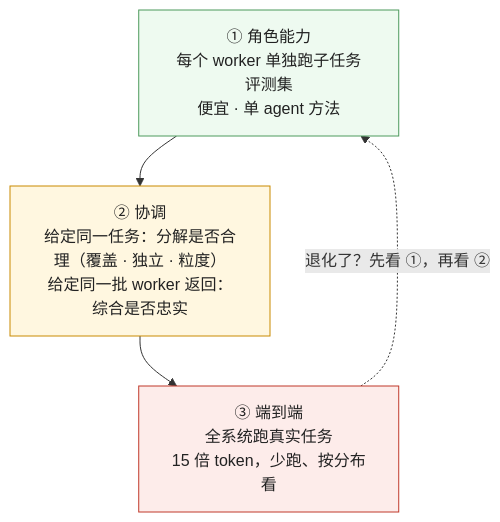
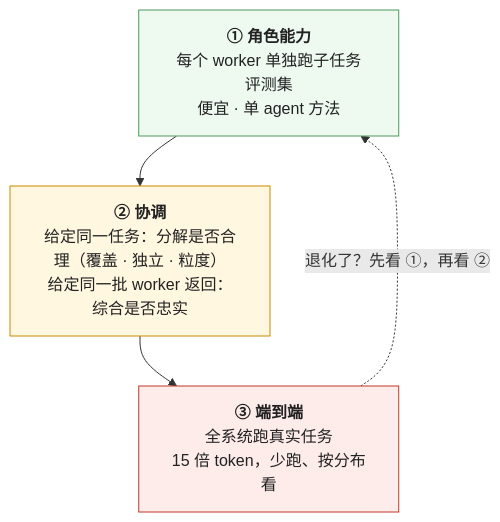
The fourth of 4 diagrams in _posts/2026-10-27-multi-agent-orchestration-handoff-and-a2a.md (arganzheng/arganzheng.github.com), drawn with Mermaid before and after one commit. The commit also changed other lines of this file and 9 other files, not shown here.

First line of the commit message:
工具、Agent 与 harness：模型怎么从回答变成做事：Mermaid 多行方框的首行标为标题（10 篇）

````diff
--- a/_posts/2026-10-27-multi-agent-orchestration-handoff-and-a2a.md
+++ b/_posts/2026-10-27-multi-agent-orchestration-handoff-and-a2a.md
@@ -214,13 +214,13 @@
 ```mermaid
 %% 图：多 agent 的三层评测——先单独评每个角色（worker 给定子任务能不能完成，便宜、可复用单 agent 评测集），再评协调（lead 的分解是否合理、综合是否忠实于 worker 的返回），最后端到端；一次退化先看哪一层掉了，与 L3「检索与生成分开评」同一思路
 flowchart TB
-    E1["① 角色能力<br/>每个 worker 单独跑子任务评测集<br/>便宜 · 单 agent 方法"] --> E2["② 协调<br/>给定同一任务：分解是否合理（覆盖 · 独立 · 粒度）<br/>给定同一批 worker 返回：综合是否忠实"]
-    E2 --> E3["③ 端到端<br/>全系统跑真实任务<br/>15 倍 token，少跑、按分布看"]
+    E1["<b>① 角色能力</b><br/>每个 worker 单独跑子任务评测集<br/>便宜 · 单 agent 方法"] --> E2["<b>② 协调</b><br/>给定同一任务：分解是否合理（覆盖 · 独立 · 粒度）<br/>给定同一批 worker 返回：综合是否忠实"]
+    E2 --> E3["<b>③ 端到端</b><br/>全系统跑真实任务<br/>15 倍 token，少跑、按分布看"]
     E3 -.->|"退化了？先看 ①，再看 ②"| E1
     classDef a fill:#eefaf0,stroke:#4d9a5c,color:#222
     classDef b fill:#fff7e0,stroke:#c98a00,color:#222
     classDef c fill:#fdecea,stroke:#c0392b,color:#222
     class E1 a
     class E2 b
     class E3 c
 ```
````
